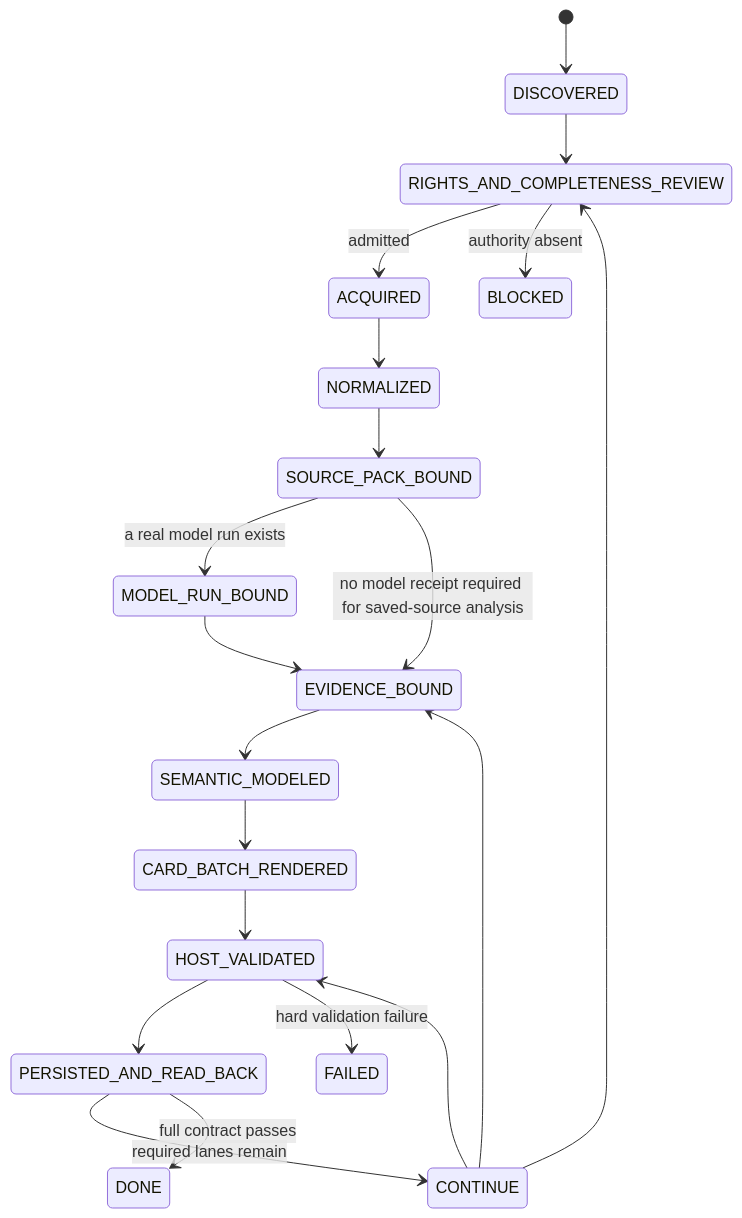
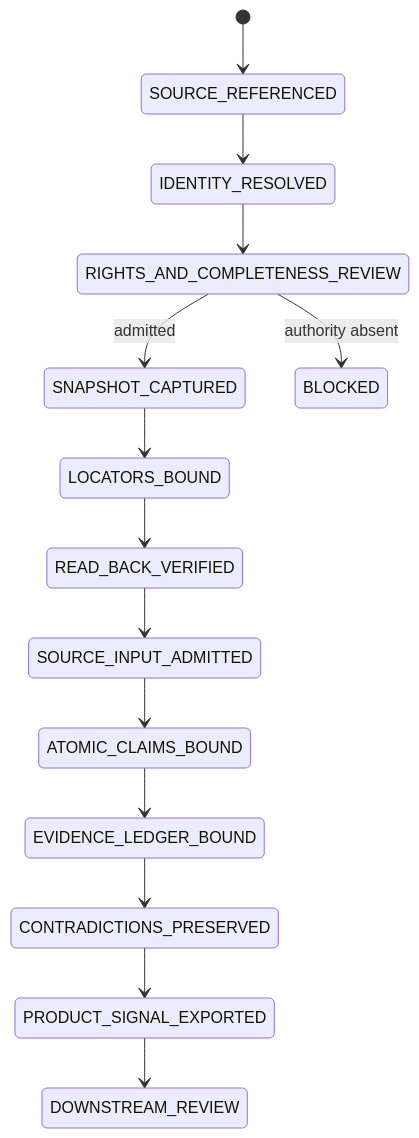
Before and after one commit to ed3c/ai-content-notes: the first of 2 diagrams in README.md, drawn with Mermaid. The commit also changed other lines of this file, not shown here.

First line of the commit message:
docs(prel): reconcile merged Product Reverse Evidence Plane README

````diff
--- a/README.md
+++ b/README.md
@@ -104,22 +182,16 @@
 ```mermaid
 stateDiagram-v2
-    [*] --> DISCOVERED
-    DISCOVERED --> RIGHTS_AND_COMPLETENESS_REVIEW
-    RIGHTS_AND_COMPLETENESS_REVIEW --> ACQUIRED: admitted
+    [*] --> SOURCE_REFERENCED
+    SOURCE_REFERENCED --> IDENTITY_RESOLVED
+    IDENTITY_RESOLVED --> RIGHTS_AND_COMPLETENESS_REVIEW
+    RIGHTS_AND_COMPLETENESS_REVIEW --> SNAPSHOT_CAPTURED: admitted
     RIGHTS_AND_COMPLETENESS_REVIEW --> BLOCKED: authority absent
-    ACQUIRED --> NORMALIZED
-    NORMALIZED --> SOURCE_PACK_BOUND
-    SOURCE_PACK_BOUND --> MODEL_RUN_BOUND: a real model run exists
-    SOURCE_PACK_BOUND --> EVIDENCE_BOUND: no model receipt required for saved-source analysis
-    MODEL_RUN_BOUND --> EVIDENCE_BOUND
-    EVIDENCE_BOUND --> SEMANTIC_MODELED
-    SEMANTIC_MODELED --> CARD_BATCH_RENDERED
-    CARD_BATCH_RENDERED --> HOST_VALIDATED
-    HOST_VALIDATED --> PERSISTED_AND_READ_BACK
-    PERSISTED_AND_READ_BACK --> CONTINUE: required lanes remain
-    PERSISTED_AND_READ_BACK --> DONE: full contract passes
-    HOST_VALIDATED --> FAILED: hard validation failure
-    CONTINUE --> RIGHTS_AND_COMPLETENESS_REVIEW
-    CONTINUE --> EVIDENCE_BOUND
-    CONTINUE --> HOST_VALIDATED
+    SNAPSHOT_CAPTURED --> LOCATORS_BOUND
+    LOCATORS_BOUND --> READ_BACK_VERIFIED
+    READ_BACK_VERIFIED --> SOURCE_INPUT_ADMITTED
+    SOURCE_INPUT_ADMITTED --> ATOMIC_CLAIMS_BOUND
+    ATOMIC_CLAIMS_BOUND --> EVIDENCE_LEDGER_BOUND
+    EVIDENCE_LEDGER_BOUND --> CONTRADICTIONS_PRESERVED
+    CONTRADICTIONS_PRESERVED --> PRODUCT_SIGNAL_EXPORTED
+    PRODUCT_SIGNAL_EXPORTED --> DOWNSTREAM_REVIEW
 ```
````
